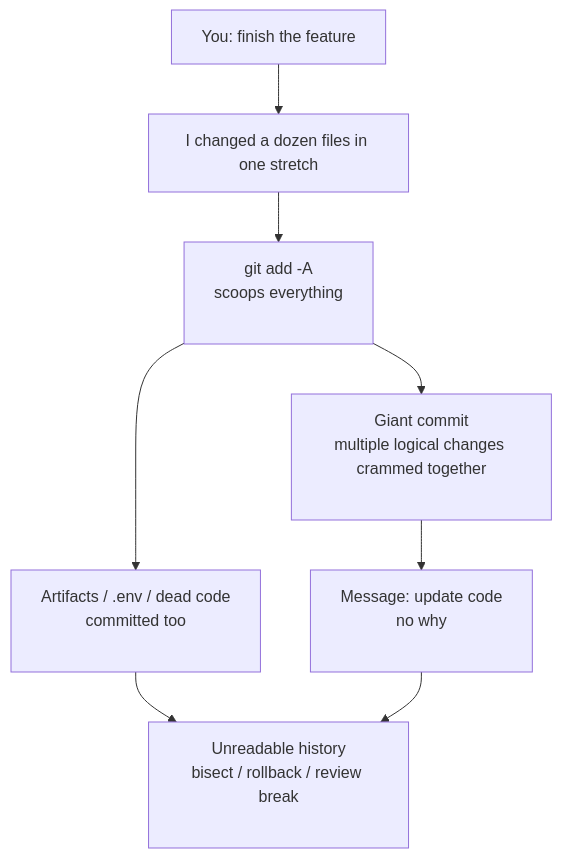
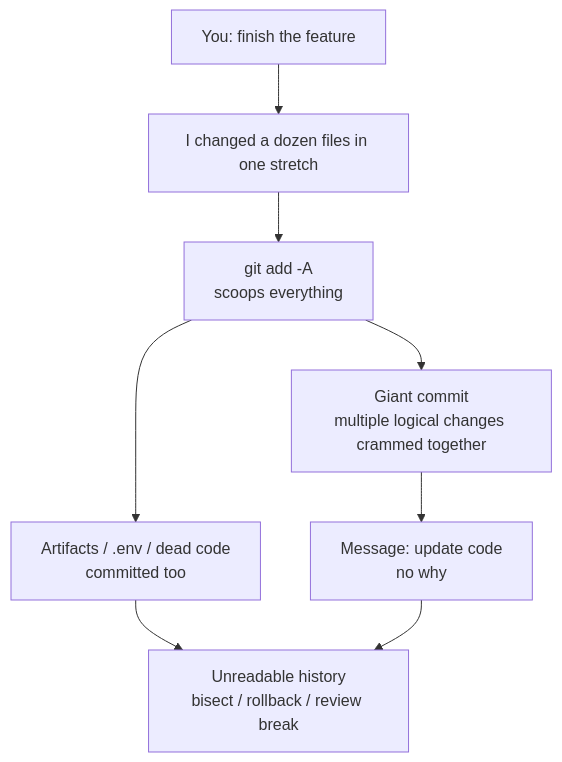
Before and after one commit to XuebinMa/AIWiki: the diagram in i18n/en/docusaurus-plugin-content-docs/current/05-implementation/git-hygiene.mdx, drawn with Mermaid. The commit also changed 99 other files, not shown here.

First line of the commit message:
fix(mermaid): 全局根治节点文字裁切（htmlLabels:false + 清理 br/nbsp 占位）(#26)

````diff
--- a/i18n/en/docusaurus-plugin-content-docs/current/05-implementation/git-hygiene.mdx
+++ b/i18n/en/docusaurus-plugin-content-docs/current/05-implementation/git-hygiene.mdx
@@ -49,10 +49,10 @@
 ```mermaid
 flowchart TD
     A[You: finish the feature] --> B[I changed a dozen files in one stretch]
-    B --> C[git add -A<br/>scoops everything<br/>&nbsp;]
-    C --> D[Giant commit<br/>multiple logical changes crammed together<br/>&nbsp;]
-    C --> E[Artifacts / .env / dead code<br/>committed too<br/>&nbsp;]
-    D --> F[Message: update code<br/>no why<br/>&nbsp;]
-    E --> G[Unreadable history<br/>bisect / rollback / review break<br/>&nbsp;]
+    B --> C[git add -A<br/>scoops everything]
+    C --> D[Giant commit<br/>multiple logical changes crammed together]
+    C --> E[Artifacts / .env / dead code<br/>committed too]
+    D --> F[Message: update code<br/>no why]
+    E --> G[Unreadable history<br/>bisect / rollback / review break]
     F --> G
 ```
````
